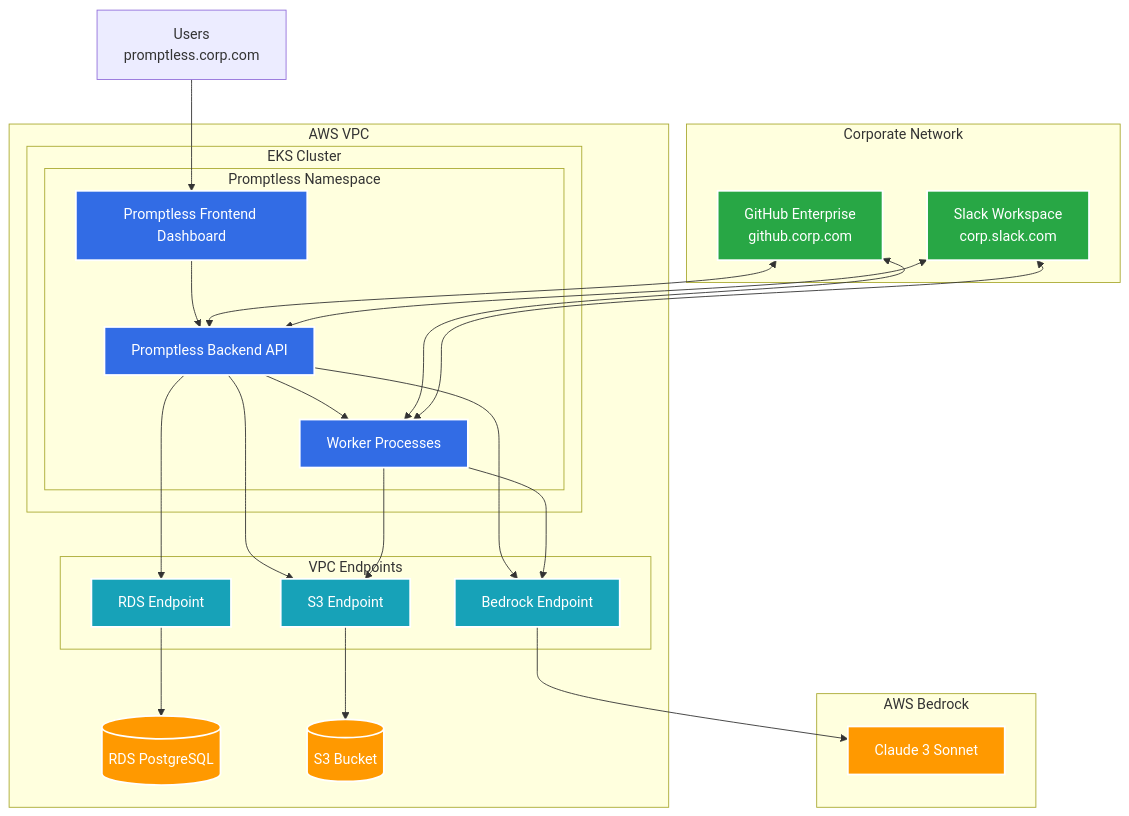
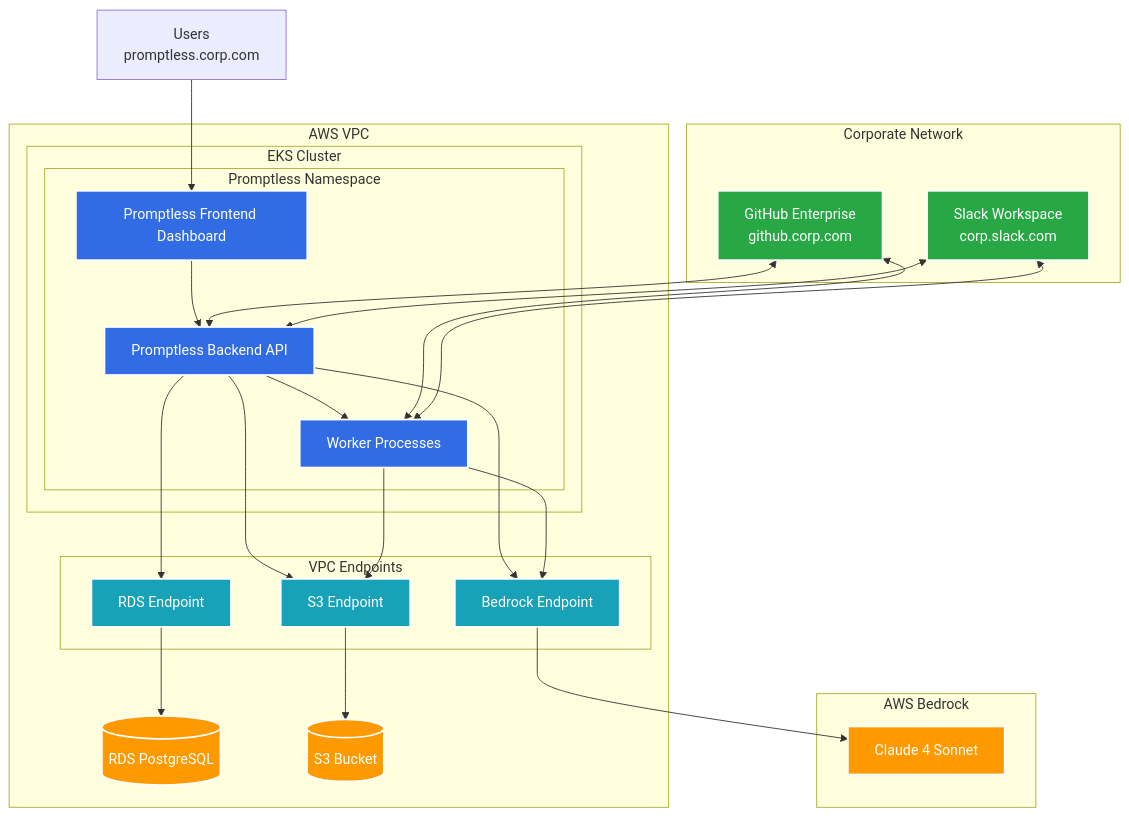
Before and after one commit to Promptless/docs: the diagram in fern/docs/self-hosting/kubernetes-helm.mdx, drawn with Mermaid.

````diff
--- a/fern/docs/self-hosting/kubernetes-helm.mdx
+++ b/fern/docs/self-hosting/kubernetes-helm.mdx
@@ -487,77 +487,77 @@
 ```mermaid
 graph TD
     %% User Access
     USER[Users<br/>promptless.corp.com]
 
     %% External Services
     subgraph "Corporate Network"
         GHE[GitHub Enterprise<br/>github.corp.com]
         SLACK[Slack Workspace<br/>corp.slack.com]
     end
 
     %% AWS VPC
     subgraph "AWS VPC"
         %% EKS Cluster
         subgraph "EKS Cluster"
             subgraph "Promptless Namespace"
                 API[Promptless Backend API]
                 DASH[Promptless Frontend Dashboard]
                 WORKER[Worker Processes]
             end
         end
 
         %% AWS Services
         RDS[(RDS PostgreSQL)]
         S3[(S3 Bucket)]
         
         %% VPC Endpoints
         subgraph "VPC Endpoints"
             VPCE_S3[S3 Endpoint]
             VPCE_RDS[RDS Endpoint]
             VPCE_BEDROCK[Bedrock Endpoint]
         end
     end
 
     %% AWS Bedrock
     subgraph "AWS Bedrock"
-        BEDROCK[Claude 3 Sonnet]
+        BEDROCK[Claude 4 Sonnet]
     end
 
     %% User connections
     USER --> DASH
 
     %% Internal service connections
     DASH --> API
     API --> WORKER
     
     %% Database connections
     API --> VPCE_RDS
     VPCE_RDS --> RDS
     
     %% Storage connections
     API --> VPCE_S3
     WORKER --> VPCE_S3
     VPCE_S3 --> S3
     
     %% LLM connections
     API --> VPCE_BEDROCK
     WORKER --> VPCE_BEDROCK
     VPCE_BEDROCK --> BEDROCK
     
     %% External integrations (bidirectional)
     GHE <--> API
     SLACK <--> API
     GHE <--> WORKER
     SLACK <--> WORKER
 
     %% Styling
     classDef k8s fill:#326ce5,stroke:#fff,stroke-width:2px,color:#fff
     classDef aws fill:#ff9900,stroke:#fff,stroke-width:2px,color:#fff
     classDef external fill:#28a745,stroke:#fff,stroke-width:2px,color:#fff
     classDef vpc fill:#17a2b8,stroke:#fff,stroke-width:2px,color:#fff
 
     class API,DASH,WORKER k8s
     class RDS,S3,BEDROCK aws
     class GHE,SLACK external
     class VPCE_S3,VPCE_RDS,VPCE_BEDROCK vpc
 ```
````
